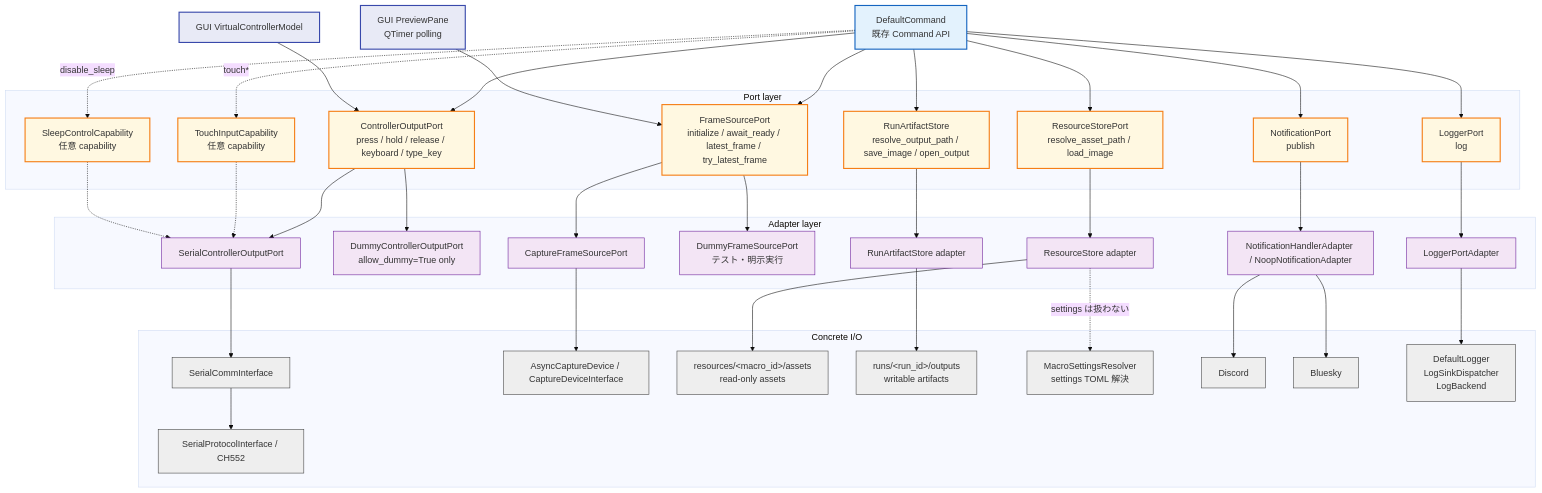
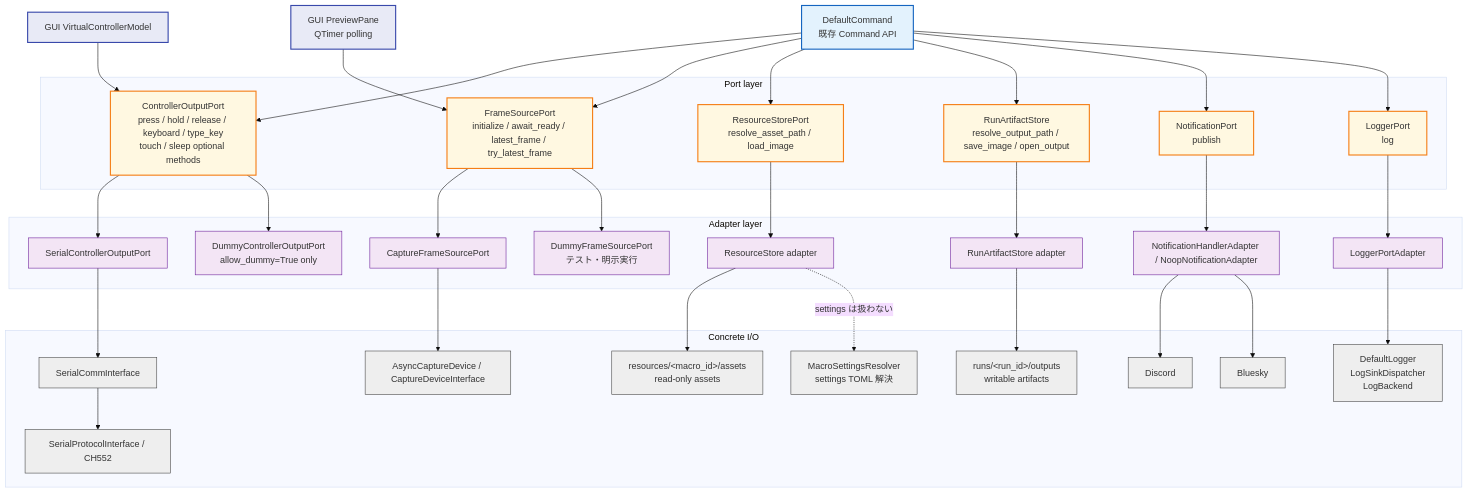
One commit to niart120/Project_NyX changed the third of 5 diagrams in spec/framework/rearchitecture/ARCHITECTURE_DIAGRAMS.md. Above: the diagram before and after it, drawn with Mermaid (base theme). The commit also changed 13 other files, not shown here.

````diff
--- a/spec/framework/rearchitecture/ARCHITECTURE_DIAGRAMS.md
+++ b/spec/framework/rearchitecture/ARCHITECTURE_DIAGRAMS.md
@@ -280,76 +280,70 @@
 ```mermaid
 flowchart TB
     DefaultCommandImpl["DefaultCommand<br/>既存 Command API"]
     PreviewPane["GUI PreviewPane<br/>QTimer polling"]
     VirtualController["GUI VirtualControllerModel"]
 
     subgraph PortLayer["Port layer"]
-        Controller["ControllerOutputPort<br/>press / hold / release / keyboard / type_key"]
+        Controller["ControllerOutputPort<br/>press / hold / release / keyboard / type_key<br/>touch / sleep optional methods"]
         Capture["FrameSourcePort<br/>initialize / await_ready / latest_frame / try_latest_frame"]
         Resource["ResourceStorePort<br/>resolve_asset_path / load_image"]
         Artifact["RunArtifactStore<br/>resolve_output_path / save_image / open_output"]
         Notify["NotificationPort<br/>publish"]
         Logger["LoggerPort<br/>log"]
-        Touch["TouchInputCapability<br/>任意 capability"]
-        Sleep["SleepControlCapability<br/>任意 capability"]
     end
 
     subgraph AdapterLayer["Adapter layer"]
         SerialPort["SerialControllerOutputPort"]
         DummyController["DummyControllerOutputPort<br/>allow_dummy=True only"]
         CapturePort["CaptureFrameSourcePort"]
         DummyFrame["DummyFrameSourcePort<br/>テスト・明示実行"]
         ResourceStore["ResourceStore adapter"]
         ArtifactStore["RunArtifactStore adapter"]
         NotificationHandlerAdapter["NotificationHandlerAdapter / NoopNotificationAdapter"]
         LoggerPortAdapter["LoggerPortAdapter"]
     end
 
     subgraph ConcreteIO["Concrete I/O"]
         SerialComm["SerialCommInterface"]
         Protocol["SerialProtocolInterface / CH552"]
         CaptureDevice["AsyncCaptureDevice / CaptureDeviceInterface"]
         AssetsRoot["resources/&lt;macro_id&gt;/assets<br/>read-only assets"]
         OutputsRoot["runs/&lt;run_id&gt;/outputs<br/>writable artifacts"]
         SettingsResolver["MacroSettingsResolver<br/>settings TOML 解決"]
         Discord["Discord"]
         Bluesky["Bluesky"]
         LoggerComponents["DefaultLogger<br/>LogSinkDispatcher<br/>LogBackend"]
     end
 
     DefaultCommandImpl --> Controller
     DefaultCommandImpl --> Capture
     DefaultCommandImpl --> Resource
     DefaultCommandImpl --> Artifact
     DefaultCommandImpl --> Notify
     DefaultCommandImpl --> Logger
-    DefaultCommandImpl -. "touch*" .-> Touch
-    DefaultCommandImpl -. "disable_sleep" .-> Sleep
     PreviewPane --> Capture
     VirtualController --> Controller
 
     Controller --> SerialPort --> SerialComm --> Protocol
     Controller --> DummyController
-    Touch -.-> SerialPort
-    Sleep -.-> SerialPort
     Capture --> CapturePort --> CaptureDevice
     Capture --> DummyFrame
     Resource --> ResourceStore --> AssetsRoot
     Artifact --> ArtifactStore --> OutputsRoot
     ResourceStore -. "settings は扱わない" .-> SettingsResolver
     Notify --> NotificationHandlerAdapter --> Discord
     NotificationHandlerAdapter --> Bluesky
     Logger --> LoggerPortAdapter --> LoggerComponents
 
     classDef port fill:#fff8e1,stroke:#f57f17,stroke-width:2px;
     classDef adapter fill:#f3e5f5,stroke:#6a1b9a,stroke-width:1px;
     classDef io fill:#eeeeee,stroke:#424242,stroke-width:1px;
     classDef commandimpl fill:#e3f2fd,stroke:#1565c0,stroke-width:2px;
     classDef gui fill:#e8eaf6,stroke:#3949ab,stroke-width:2px;
 
     class DefaultCommandImpl commandimpl;
     class PreviewPane,VirtualController gui;
-    class Controller,Capture,Resource,Artifact,Notify,Logger,Touch,Sleep port;
+    class Controller,Capture,Resource,Artifact,Notify,Logger port;
     class SerialPort,DummyController,CapturePort,DummyFrame,ResourceStore,ArtifactStore,NotificationHandlerAdapter,LoggerPortAdapter adapter;
     class SerialComm,Protocol,CaptureDevice,AssetsRoot,OutputsRoot,SettingsResolver,Discord,Bluesky,LoggerComponents io;
 ```
````
